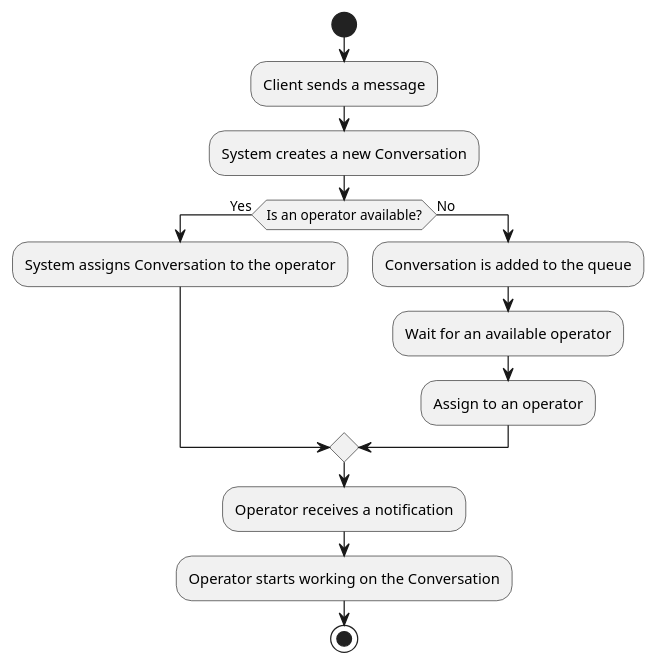
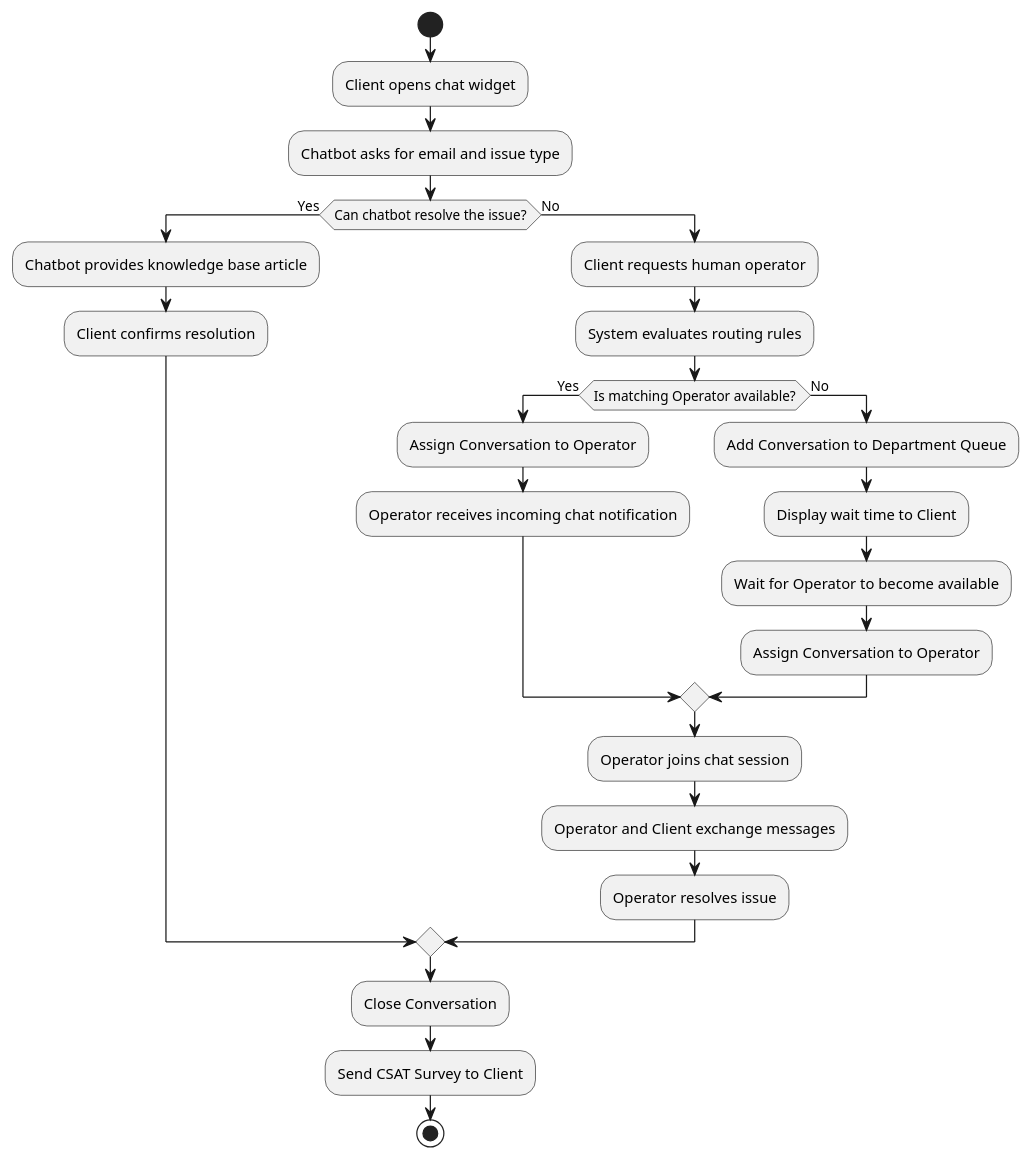
The diagram in lab_1/activity_diagram.puml (Kapitoshka-a/software_documentation), drawn with PlantUML before and after one commit. The commit also changed 12 other files, not shown here.

```diff
--- a/lab_1/activity_diagram.puml
+++ b/lab_1/activity_diagram.puml
@@ -1,15 +1,27 @@
 @startuml
 start
-:Client sends a message;
-:System creates a new Conversation;
-if (Is an operator available?) then (Yes)
-  :System assigns Conversation to the operator;
+:Client opens chat widget;
+:Chatbot asks for email and issue type;
+if (Can chatbot resolve the issue?) then (Yes)
+:Chatbot provides knowledge base article;
+:Client confirms resolution;
 else (No)
-  :Conversation is added to the queue;
-  :Wait for an available operator;
-  :Assign to an operator;
+:Client requests human operator;
+:System evaluates routing rules;
+if (Is matching Operator available?) then (Yes)
+:Assign Conversation to Operator;
+:Operator receives incoming chat notification;
+else (No)
+:Add Conversation to Department Queue;
+:Display wait time to Client;
+:Wait for Operator to become available;
+:Assign Conversation to Operator;
 endif
-:Operator receives a notification;
-:Operator starts working on the Conversation;
+:Operator joins chat session;
+:Operator and Client exchange messages;
+:Operator resolves issue;
+endif
+:Close Conversation;
+:Send CSAT Survey to Client;
 stop
 @enduml
```
